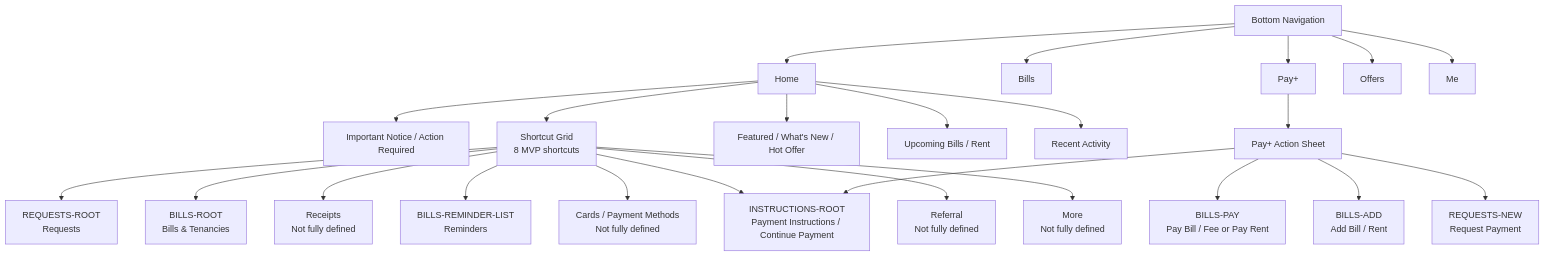
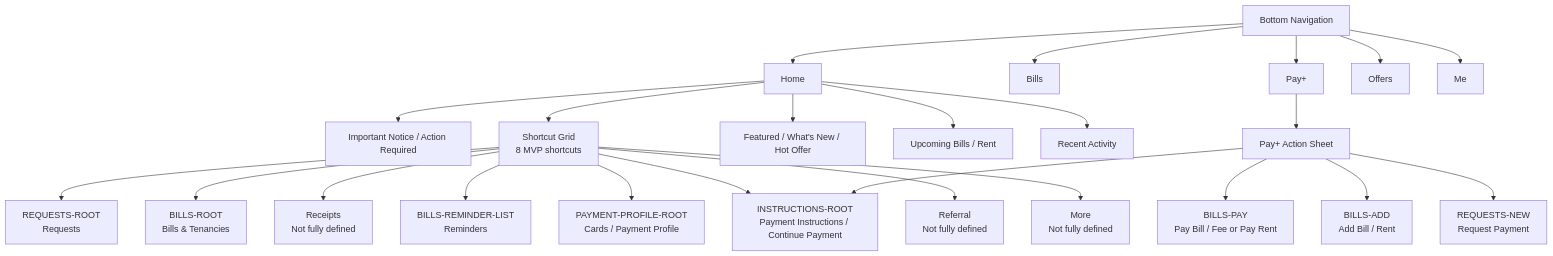
Before and after one commit to adminpayplus/payplus-docs: the first of 5 diagrams in docs/diagrams/payplus-app-route-entry-map.md, drawn with Mermaid. The commit also changed other lines of this file and 13 other files, not shown here.

Commit message:
Define payment profile route baseline

````diff
--- a/docs/diagrams/payplus-app-route-entry-map.md
+++ b/docs/diagrams/payplus-app-route-entry-map.md
@@ -17,31 +17,31 @@
 ```mermaid
 flowchart TD
   NAV["Bottom Navigation"]
 
   NAV --> HOME["Home"]
   NAV --> BILLS["Bills"]
   NAV --> PAYPLUS["Pay+"]
   NAV --> OFFERS["Offers"]
   NAV --> ME["Me"]
 
   HOME --> HNOTICE["Important Notice / Action Required"]
   HOME --> HSHORTCUTS["Shortcut Grid<br/>8 MVP shortcuts"]
   HOME --> HFEATURED["Featured / What's New / Hot Offer"]
   HOME --> HUPCOMING["Upcoming Bills / Rent"]
   HOME --> HRECENT["Recent Activity"]
 
   PAYPLUS --> PACTIONS["Pay+ Action Sheet"]
   PACTIONS --> BPAY["BILLS-PAY<br/>Pay Bill / Fee or Pay Rent"]
   PACTIONS --> BADD["BILLS-ADD<br/>Add Bill / Rent"]
   PACTIONS --> INSTRUCTIONS["INSTRUCTIONS-ROOT<br/>Payment Instructions / Continue Payment"]
   PACTIONS --> RNEW["REQUESTS-NEW<br/>Request Payment"]
 
   HSHORTCUTS --> REQROOT["REQUESTS-ROOT<br/>Requests"]
   HSHORTCUTS --> INSTRUCTIONS
   HSHORTCUTS --> BROOT["BILLS-ROOT<br/>Bills & Tenancies"]
   HSHORTCUTS --> RECEIPTS["Receipts<br/>Not fully defined"]
   HSHORTCUTS --> REMINDERS["BILLS-REMINDER-LIST<br/>Reminders"]
-  HSHORTCUTS --> CARDS["Cards / Payment Methods<br/>Not fully defined"]
+  HSHORTCUTS --> PPROOT["PAYMENT-PROFILE-ROOT<br/>Cards / Payment Profile"]
   HSHORTCUTS --> REFERRAL["Referral<br/>Not fully defined"]
   HSHORTCUTS --> MORE["More<br/>Not fully defined"]
 ```
````
